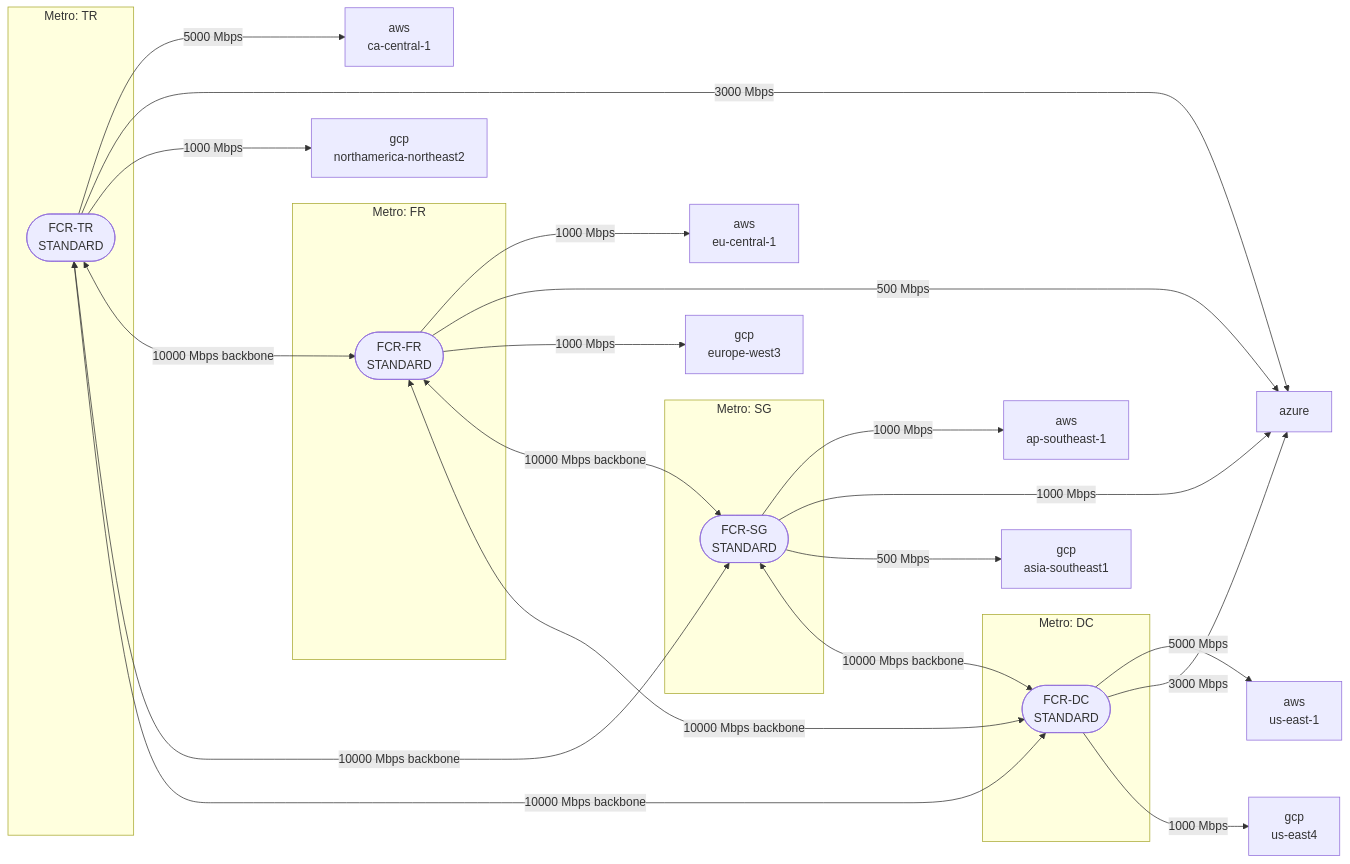
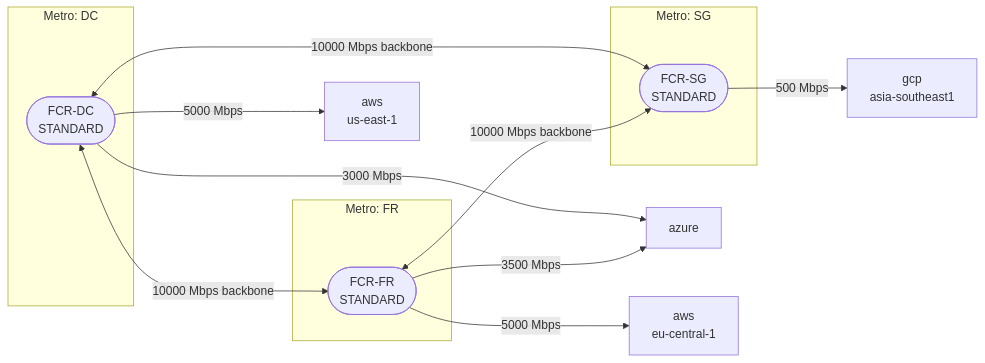
Before and after one commit to iantjones/equinix-java-sdk: the diagram in docs/design/examples/end-to-end/topology.mmd, drawn with Mermaid. The commit also changed 47 other files, not shown here.

```diff
--- a/docs/design/examples/end-to-end/topology.mmd
+++ b/docs/design/examples/end-to-end/topology.mmd
@@ -1,40 +1,22 @@
 graph LR
-  subgraph metro_TR["Metro: TR"]
-    fcr0(["FCR-TR<br/>STANDARD"])
+  subgraph metro_DC["Metro: DC"]
+    fcr0(["FCR-DC<br/>STANDARD"])
   end
   subgraph metro_FR["Metro: FR"]
     fcr1(["FCR-FR<br/>STANDARD"])
   end
   subgraph metro_SG["Metro: SG"]
     fcr2(["FCR-SG<br/>STANDARD"])
   end
-  subgraph metro_DC["Metro: DC"]
-    fcr3(["FCR-DC<br/>STANDARD"])
-  end
-  prov4["aws<br/>ca-central-1"]
-  fcr0 -->|5000 Mbps| prov4
-  prov5["azure"]
-  fcr0 -->|3000 Mbps| prov5
-  prov6["gcp<br/>northamerica-northeast2"]
-  fcr0 -->|1000 Mbps| prov6
-  prov7["aws<br/>eu-central-1"]
-  fcr1 -->|1000 Mbps| prov7
-  fcr1 -->|500 Mbps| prov5
-  prov8["gcp<br/>europe-west3"]
-  fcr1 -->|1000 Mbps| prov8
-  prov9["aws<br/>ap-southeast-1"]
-  fcr2 -->|1000 Mbps| prov9
-  fcr2 -->|1000 Mbps| prov5
-  prov10["gcp<br/>asia-southeast1"]
-  fcr2 -->|500 Mbps| prov10
-  prov11["aws<br/>us-east-1"]
-  fcr3 -->|5000 Mbps| prov11
-  fcr3 -->|3000 Mbps| prov5
-  prov12["gcp<br/>us-east4"]
-  fcr3 -->|1000 Mbps| prov12
+  prov3["aws<br/>us-east-1"]
+  fcr0 -->|5000 Mbps| prov3
+  prov4["azure"]
+  fcr0 -->|3000 Mbps| prov4
+  prov5["aws<br/>eu-central-1"]
+  fcr1 -->|5000 Mbps| prov5
+  fcr1 -->|3500 Mbps| prov4
+  prov6["gcp<br/>asia-southeast1"]
+  fcr2 -->|500 Mbps| prov6
   fcr0 <-->|10000 Mbps backbone| fcr1
   fcr0 <-->|10000 Mbps backbone| fcr2
-  fcr0 <-->|10000 Mbps backbone| fcr3
   fcr1 <-->|10000 Mbps backbone| fcr2
-  fcr1 <-->|10000 Mbps backbone| fcr3
-  fcr2 <-->|10000 Mbps backbone| fcr3
```
